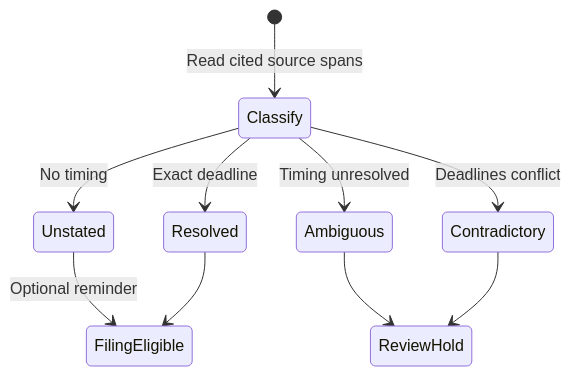
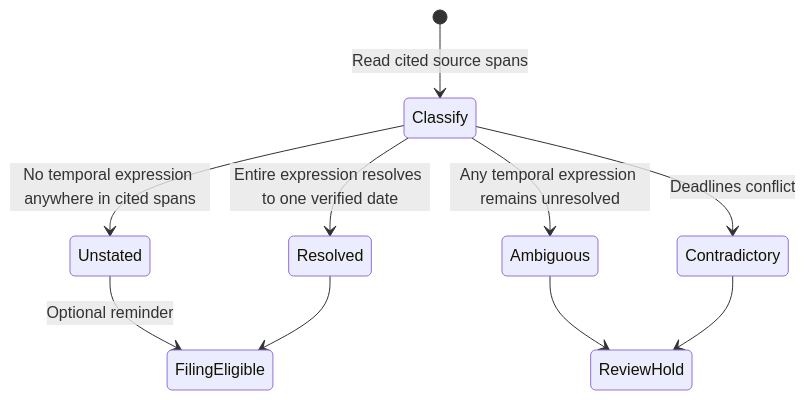
Before and after one commit to DoctorCRE/carr-system: the diagram in specs/post-call-workflow-2026-08-10.md, drawn with Mermaid. The commit also changed other lines of this file and 2 other files, not shown here.

First line of the commit message:
Fail closed on unresolved temporal expressions in task sources

````diff
--- a/specs/post-call-workflow-2026-08-10.md
+++ b/specs/post-call-workflow-2026-08-10.md
@@ -106,12 +115,12 @@
 ```mermaid
 stateDiagram-v2
     [*] --> Classify: Read cited source spans
-    Classify --> Unstated: No timing
-    Classify --> Resolved: Exact deadline
-    Classify --> Ambiguous: Timing unresolved
+    Classify --> Unstated: No temporal expression anywhere in cited spans
+    Classify --> Resolved: Entire expression resolves to one verified date
+    Classify --> Ambiguous: Any temporal expression remains unresolved
     Classify --> Contradictory: Deadlines conflict
     Unstated --> FilingEligible: Optional reminder
     Resolved --> FilingEligible
     Ambiguous --> ReviewHold
     Contradictory --> ReviewHold
 ```
````
